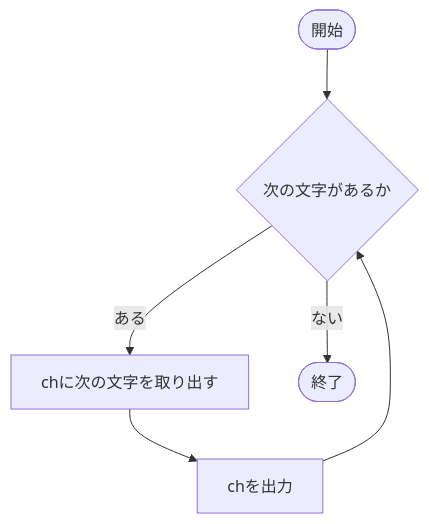
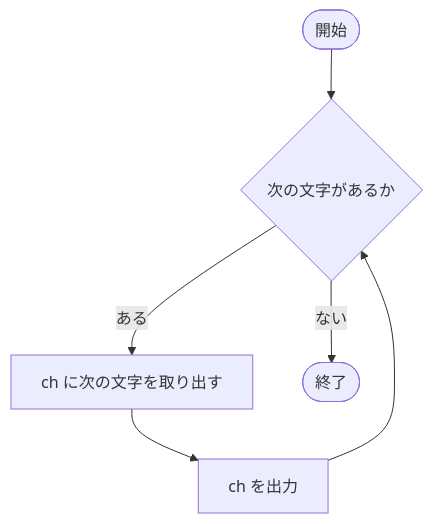
One commit to LeonAkasaka/unity-csharp-learning changed the fourth of 4 diagrams in docs/csharp/loops/index.md. Above: the diagram before and after it, drawn with Mermaid. The commit also changed other lines of this file and 18 other files, not shown here.

````diff
--- a/docs/csharp/loops/index.md
+++ b/docs/csharp/loops/index.md
@@ -280,8 +285,8 @@
 ```mermaid
 flowchart TD
     A([開始]) --> C{"次の文字があるか"}
-    C -- ある --> D["chに次の文字を取り出す"]
-    D --> E["chを出力"]
+    C -- ある --> D["ch に次の文字を取り出す"]
+    D --> E["ch を出力"]
     E --> C
     C -- ない --> F([終了])
 ```
````
